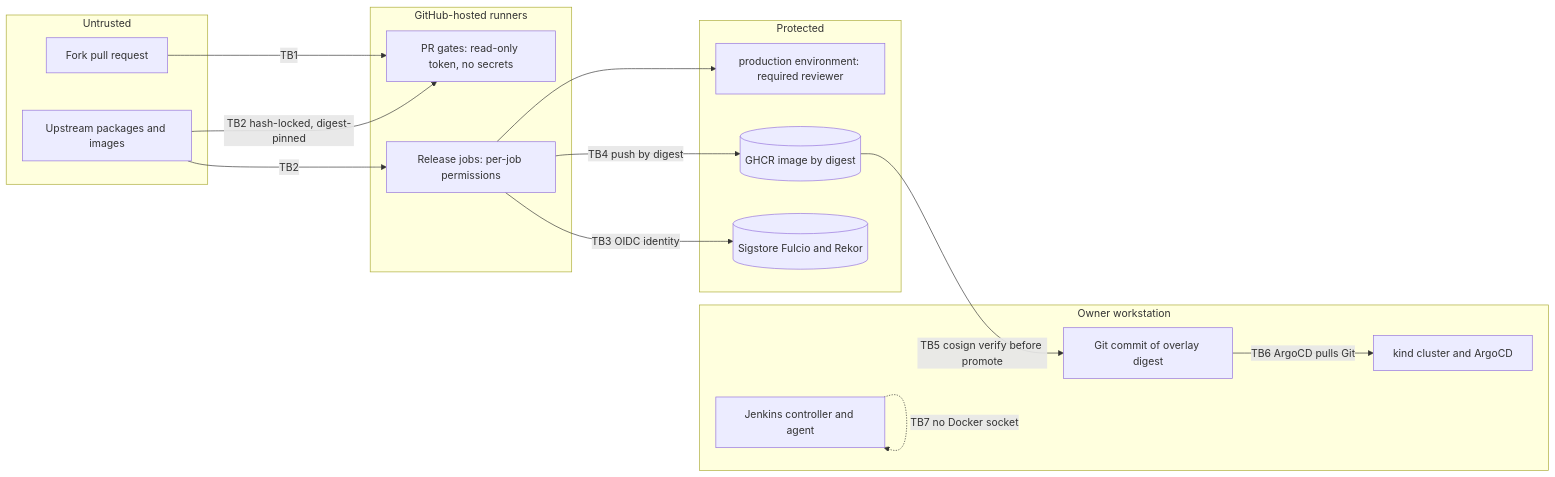
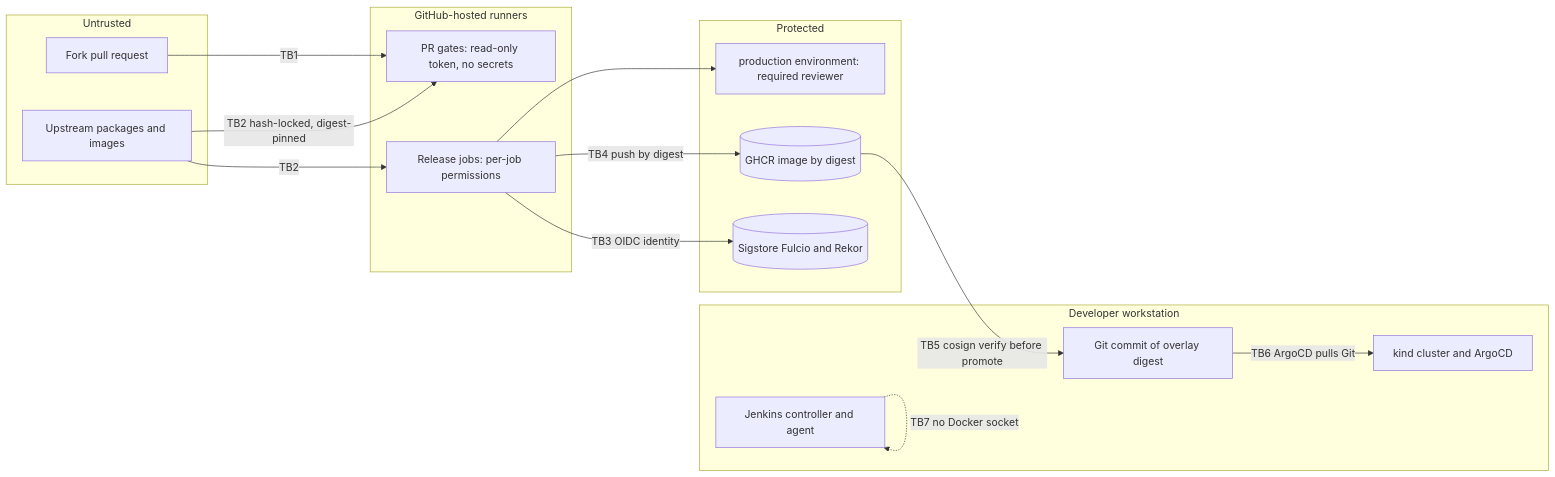
The first of 2 diagrams in docs/architecture.md (siiick-brain/Bastion-Pipeline), drawn with Mermaid before and after one commit. The commit also changed 41 other files, not shown here.

````diff
--- a/docs/architecture.md
+++ b/docs/architecture.md
@@ -24,30 +24,30 @@
 ```mermaid
 flowchart LR
   subgraph untrusted[Untrusted]
     fork[Fork pull request]
     deps[Upstream packages and images]
   end
   subgraph gh[GitHub-hosted runners]
     pr[PR gates: read-only token, no secrets]
     rel[Release jobs: per-job permissions]
   end
   subgraph protected[Protected]
     env[production environment: required reviewer]
     ghcr[(GHCR image by digest)]
     sig[(Sigstore Fulcio and Rekor)]
   end
-  subgraph local[Owner workstation]
+  subgraph local[Developer workstation]
     git[Git commit of overlay digest]
     kind[kind cluster and ArgoCD]
     jenk[Jenkins controller and agent]
   end
   fork -->|TB1| pr
   deps -->|TB2 hash-locked, digest-pinned| pr
   deps -->|TB2| rel
   rel -->|TB3 OIDC identity| sig
   rel -->|TB4 push by digest| ghcr
   rel --> env
   ghcr -->|TB5 cosign verify before promote| git
   git -->|TB6 ArgoCD pulls Git| kind
   jenk -.->|TB7 no Docker socket| jenk
 ```
````
